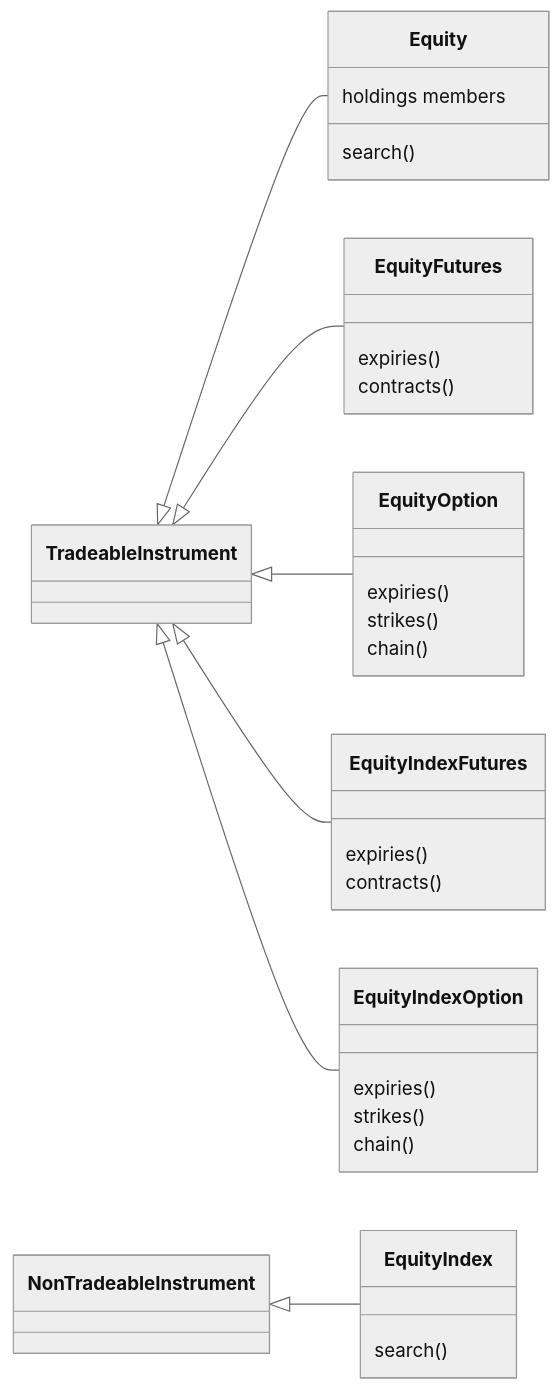
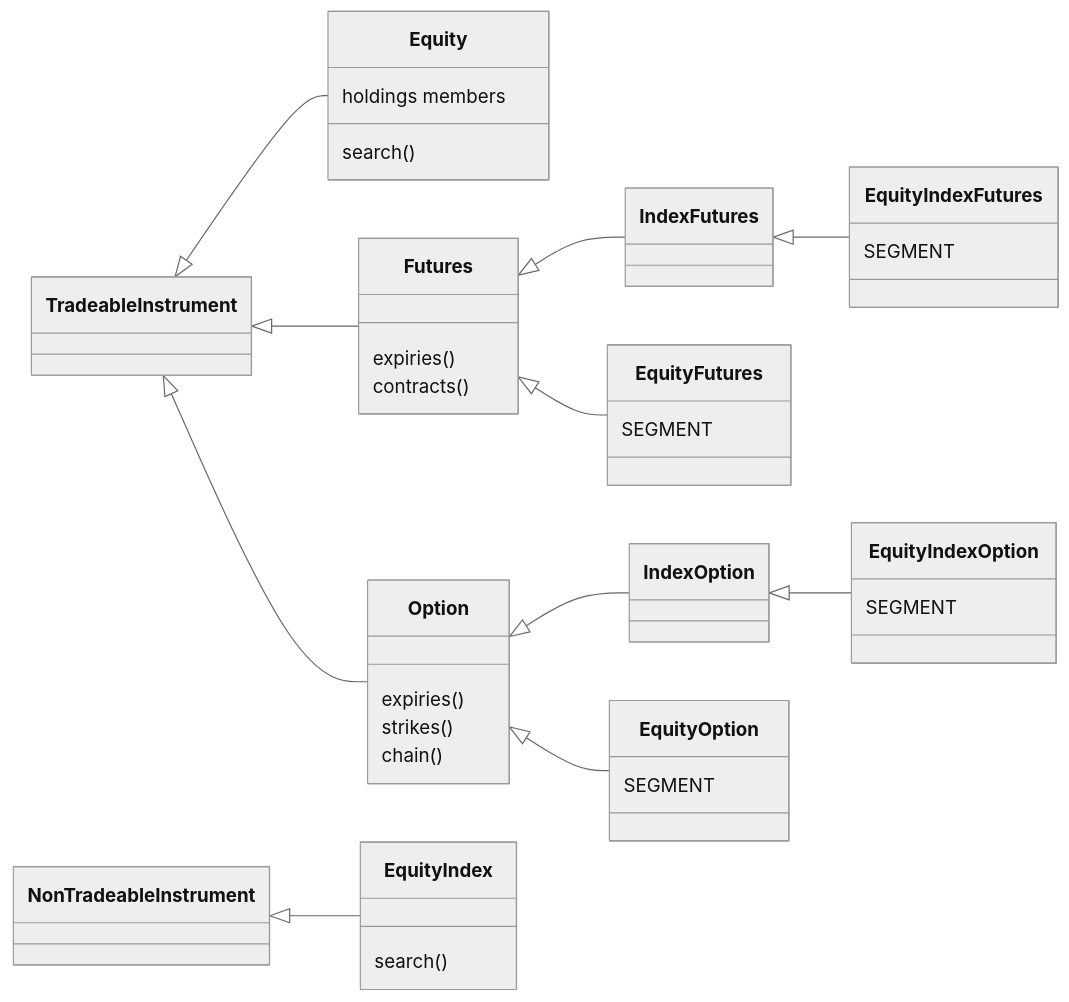
One commit to pramodathani/tradingmachine changed the diagram in docs/project/adding-an-asset-class.md. Above: the diagram before and after it, drawn with Mermaid (neutral theme). The commit also changed other lines of this file and 16 other files, not shown here.

````diff
--- a/docs/project/adding-an-asset-class.md
+++ b/docs/project/adding-an-asset-class.md
@@ -20,37 +20,46 @@
 ```mermaid
 classDiagram
     direction LR
     class TradeableInstrument
     class NonTradeableInstrument
+    class Futures {
+        expiries()
+        contracts()
+    }
+    class Option {
+        expiries()
+        strikes()
+        chain()
+    }
+    class IndexFutures
+    class IndexOption
     class Equity {
         search()
         holdings members
     }
     class EquityFutures {
-        expiries()
-        contracts()
+        SEGMENT
     }
     class EquityOption {
-        expiries()
-        strikes()
-        chain()
+        SEGMENT
     }
     class EquityIndex {
         search()
     }
     class EquityIndexFutures {
-        expiries()
-        contracts()
+        SEGMENT
     }
     class EquityIndexOption {
-        expiries()
-        strikes()
-        chain()
+        SEGMENT
     }
     TradeableInstrument <|-- Equity
-    TradeableInstrument <|-- EquityFutures
-    TradeableInstrument <|-- EquityOption
+    TradeableInstrument <|-- Futures
+    TradeableInstrument <|-- Option
+    Futures <|-- IndexFutures
+    Option <|-- IndexOption
+    Futures <|-- EquityFutures
+    Option <|-- EquityOption
     NonTradeableInstrument <|-- EquityIndex
-    TradeableInstrument <|-- EquityIndexFutures
-    TradeableInstrument <|-- EquityIndexOption
+    IndexFutures <|-- EquityIndexFutures
+    IndexOption <|-- EquityIndexOption
 ```
````
